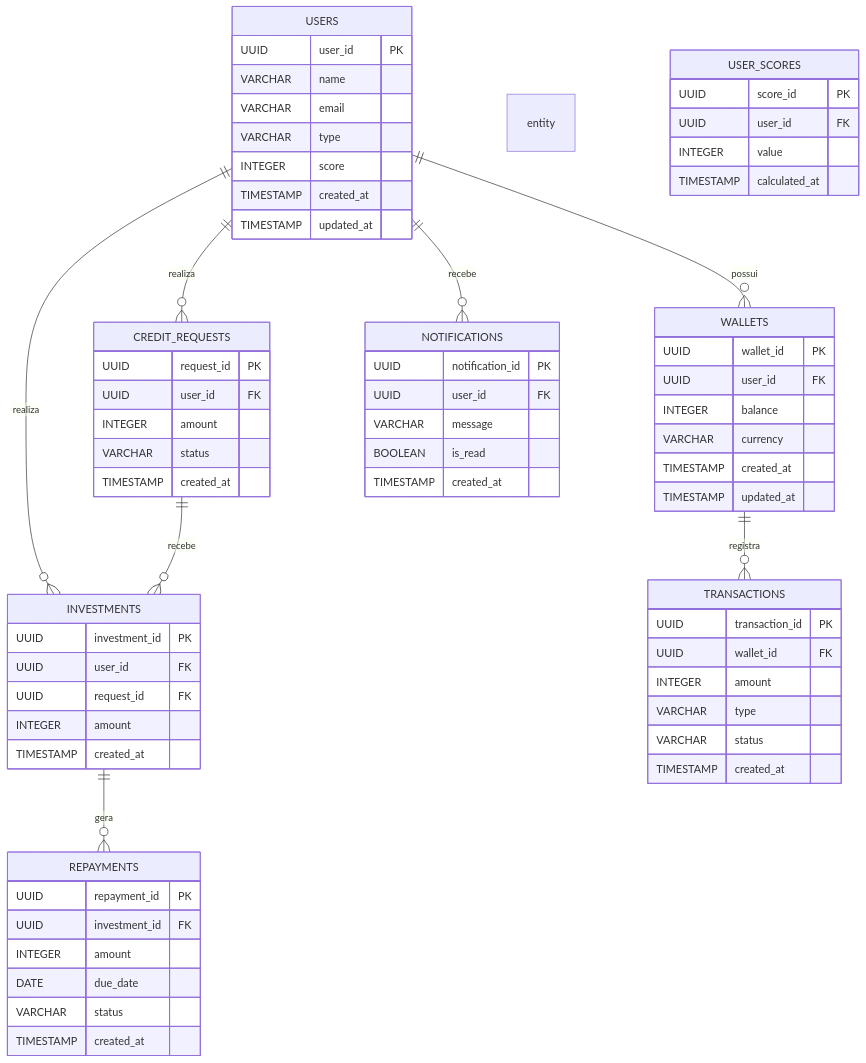
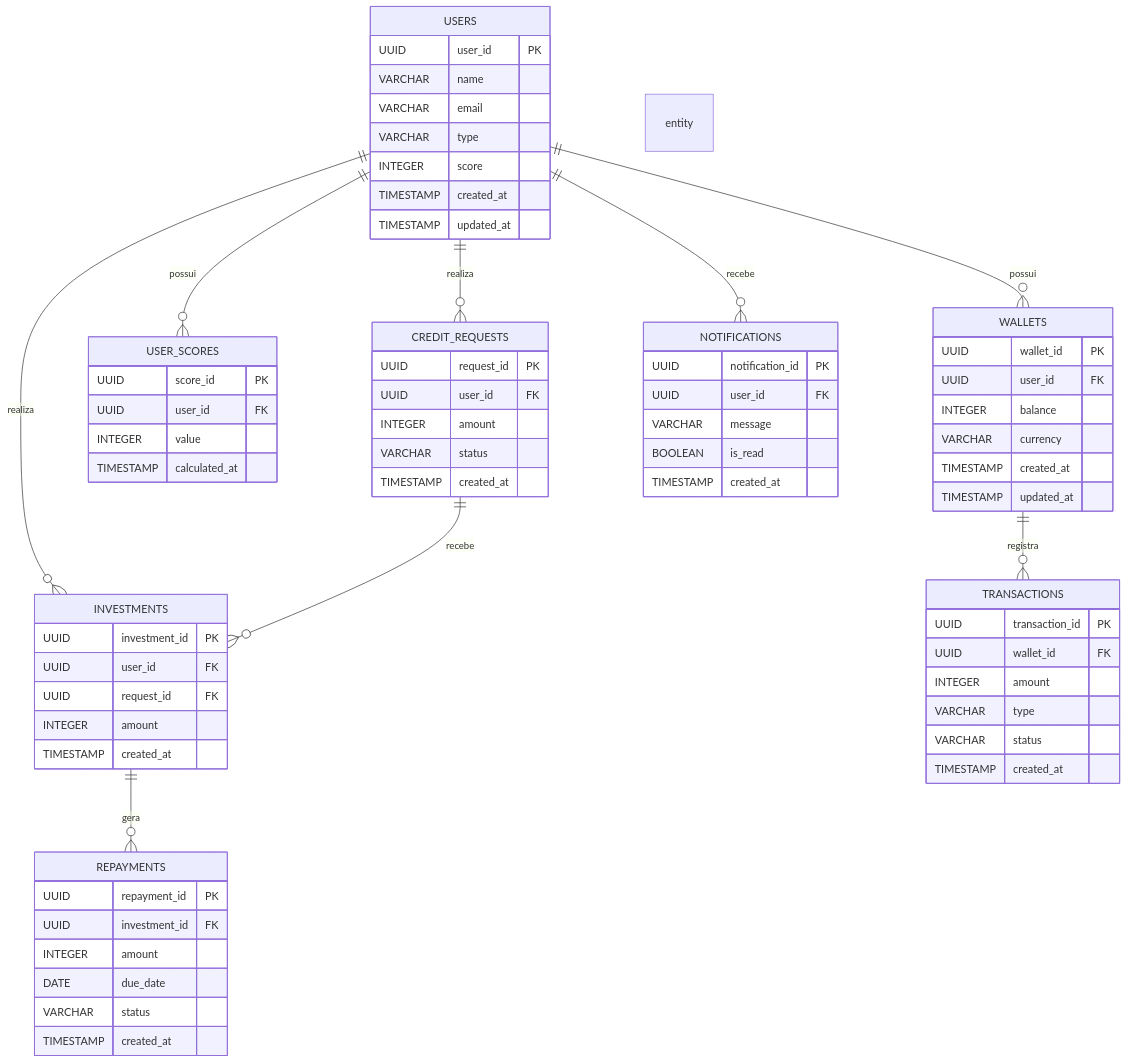
The diagram in README.md (QInvest/qinvest), drawn with Mermaid before and after one commit. The commit also changed other lines of this file, not shown here.

Commit message:
docs: Update README.md to include USER_SCORES relationship in ER diagram and refine integration example section

````diff
--- a/README.md
+++ b/README.md
@@ -23,78 +23,79 @@
 ```mermaid
 erDiagram
     USERS ||--o{ WALLETS : "possui"
+    USERS ||--o{ USER_SCORES : "possui"
     USERS ||--o{ CREDIT_REQUESTS : "realiza"
     USERS ||--o{ INVESTMENTS : "realiza"
     USERS ||--o{ NOTIFICATIONS : "recebe"
     WALLETS ||--o{ TRANSACTIONS : "registra"
     CREDIT_REQUESTS ||--o{ INVESTMENTS : "recebe"
     INVESTMENTS ||--o{ REPAYMENTS : "gera"
 
     entity USERS {
         UUID user_id PK
         VARCHAR name
         VARCHAR email
         VARCHAR type
         INTEGER score
         TIMESTAMP created_at
         TIMESTAMP updated_at
     }
 
     entity USER_SCORES {
         UUID score_id PK
         UUID user_id FK
         INTEGER value
         TIMESTAMP calculated_at
     }
 
     entity WALLETS {
         UUID wallet_id PK
         UUID user_id FK
         INTEGER balance
         VARCHAR currency
         TIMESTAMP created_at
         TIMESTAMP updated_at
     }
 
     entity TRANSACTIONS {
         UUID transaction_id PK
         UUID wallet_id FK
         INTEGER amount
         VARCHAR type
         VARCHAR status
         TIMESTAMP created_at
     }
 
     entity CREDIT_REQUESTS {
         UUID request_id PK
         UUID user_id FK
         INTEGER amount
         VARCHAR status
         TIMESTAMP created_at
     }
 
     entity INVESTMENTS {
         UUID investment_id PK
         UUID user_id FK
         UUID request_id FK
         INTEGER amount
         TIMESTAMP created_at
     }
 
     entity REPAYMENTS {
         UUID repayment_id PK
         UUID investment_id FK
         INTEGER amount
         DATE due_date
         VARCHAR status
         TIMESTAMP created_at
     }
 
     entity NOTIFICATIONS {
         UUID notification_id PK
         UUID user_id FK
         VARCHAR message
         BOOLEAN is_read
         TIMESTAMP created_at
     }
 ```
````
